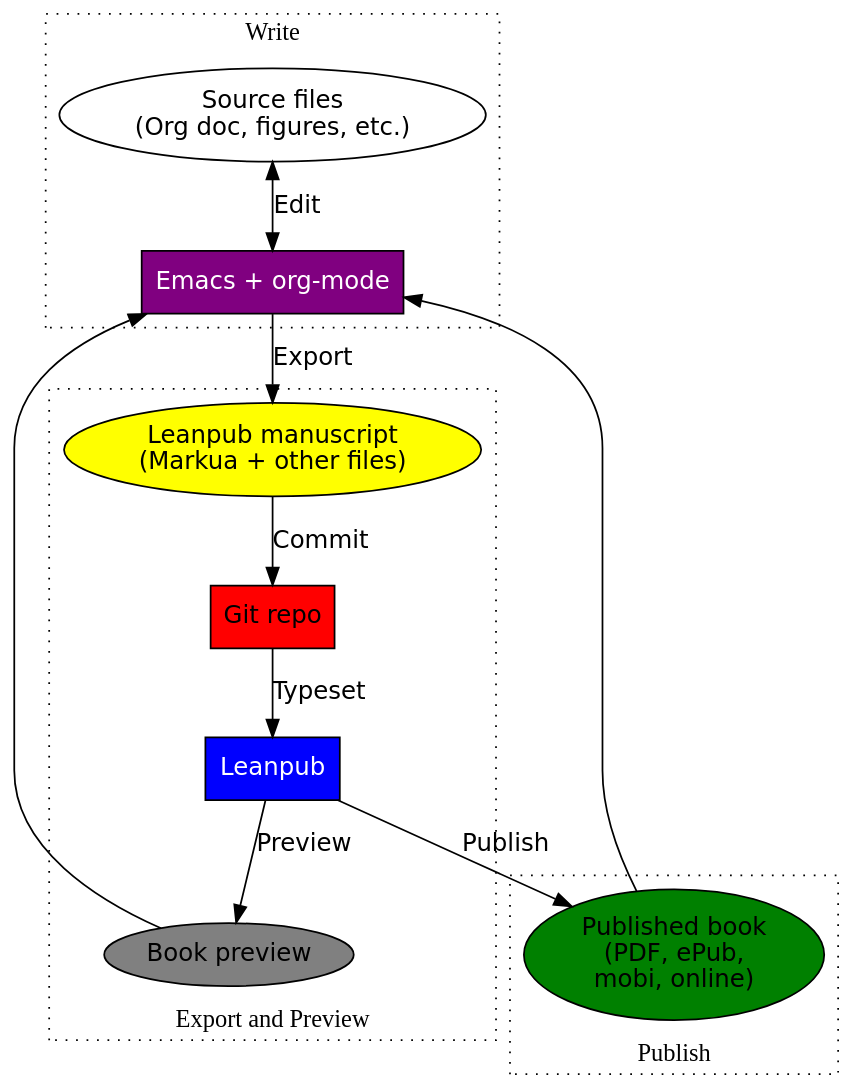
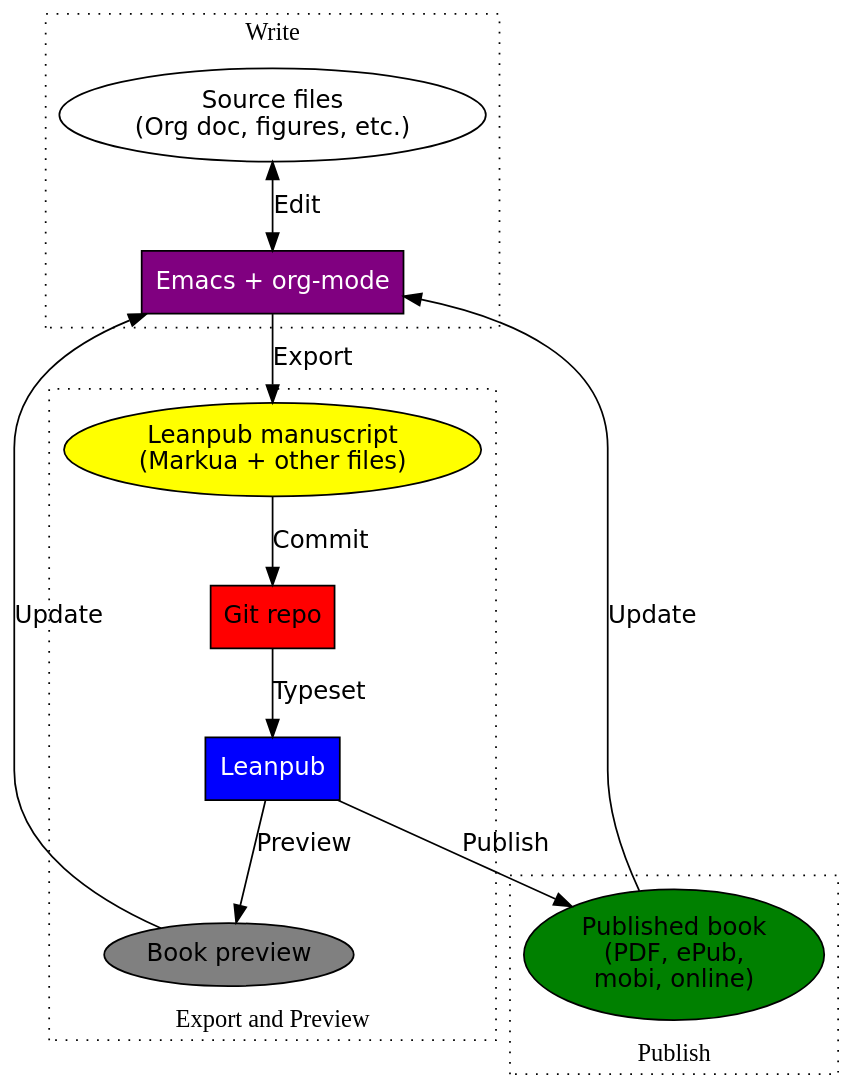
One commit to zzamboni/emacs-org-leanpub changed the diagram in book.org. Above: the diagram before and after it, drawn with Graphviz. The commit also changed 2 other files, not shown here.

Commit message:
Updated workflow graph
- Added missing edge labels
- Added comments to the code

```diff
--- a/book.org
+++ b/book.org
@@ -1034,44 +1034,48 @@
 #+begin_src dot :file "images/high-level-workflow.png" :exports both
 digraph {
+    // General graph, node and edge properties
     bgcolor="transparent";
     rankdir=TB;
     node [fontname="DejaVu Sans"];
     edge [fontname="DejaVu Sans"];
+    
+    // Define nodes with their colors, shapes and labels
     files [label="Source files\n(Org doc, figures, etc.)", shape=oval];
     emacs [label="Emacs + org-mode",
            fillcolor=purple, fontcolor=white, style=filled, shape=box];
     manuscript [label="Leanpub manuscript\n(Markua + other files)",
                 fillcolor=yellow, style=filled, shape=oval];
     leanpub [label="Leanpub",
              fillcolor=blue, fontcolor=white, style=filled, shape=box];
     git [label="Git repo", fillcolor=red, style=filled, shape=box];
     preview [label="Book preview",
              fillcolor=grey, style=filled, shape=oval];
     book [label="Published book\n(PDF, ePub,\nmobi, online)",
           shape=oval, fillcolor=green, style=filled];
+
+    // Now we define the clusters to group the nodes by workflow stages
     subgraph cluster_writing {
         label="Write";
         rankdir=TB;
         graph [style=dotted];
-        files -> emacs      [label="Edit", dir="both", weight=10];
+        files -> emacs [label="Edit", dir="both", weight=10];
     };
     subgraph cluster_export_preview {
         label="Export and Preview";
-        labelloc="b";
-        rankdir=TB;
+        labelloc="b"; rankdir=TB;
         graph [style=dotted];
         emacs -> manuscript [label="Export", weight=10];
         manuscript -> git   [label="Commit", weight=10];
         git -> leanpub      [label="Typeset", weight=10];
         leanpub -> preview  [label="Preview"];
+        preview -> emacs    [label="Update"];
     };
     subgraph cluster_publish {
         label="Publish";
         labelloc="b";
         graph [style=dotted];
-        leanpub -> book     [label="Publish"];
+        leanpub -> book [label="Publish"];
+        book -> emacs   [label="Update"];
     };
-    book -> emacs;
-    preview -> emacs;
 }
 #+end_src
```
